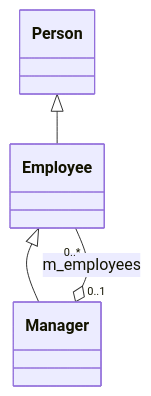
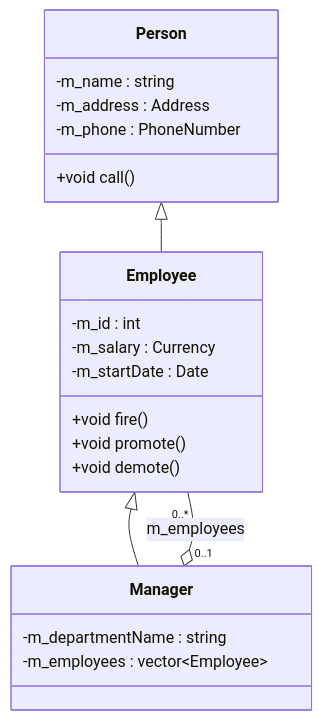
The fourth of 4 diagrams in ch-5/README.md (maksim-estonia/professional-cpp-exercises), drawn with Mermaid before and after one commit.

````diff
--- a/ch-5/README.md
+++ b/ch-5/README.md
@@ -54,7 +54,24 @@
 ```mermaid
 classDiagram
     Person <|-- Employee
     Employee <|-- Manager
     Manager "0..1" o-- "0..*" Employee : m_employees
-
+    class Person{
+        -m_name : string
+        -m_address : Address
+        -m_phone : PhoneNumber
+        +void call()
+    }
+    class Employee{
+        -m_id : int
+        -m_salary : Currency
+        -m_startDate : Date
+        +void fire()
+        +void promote()
+        +void demote()
+    }
+    class Manager{
+        -m_departmentName : string
+        -m_employees : vector~Employee~
+    }
 ```
````
